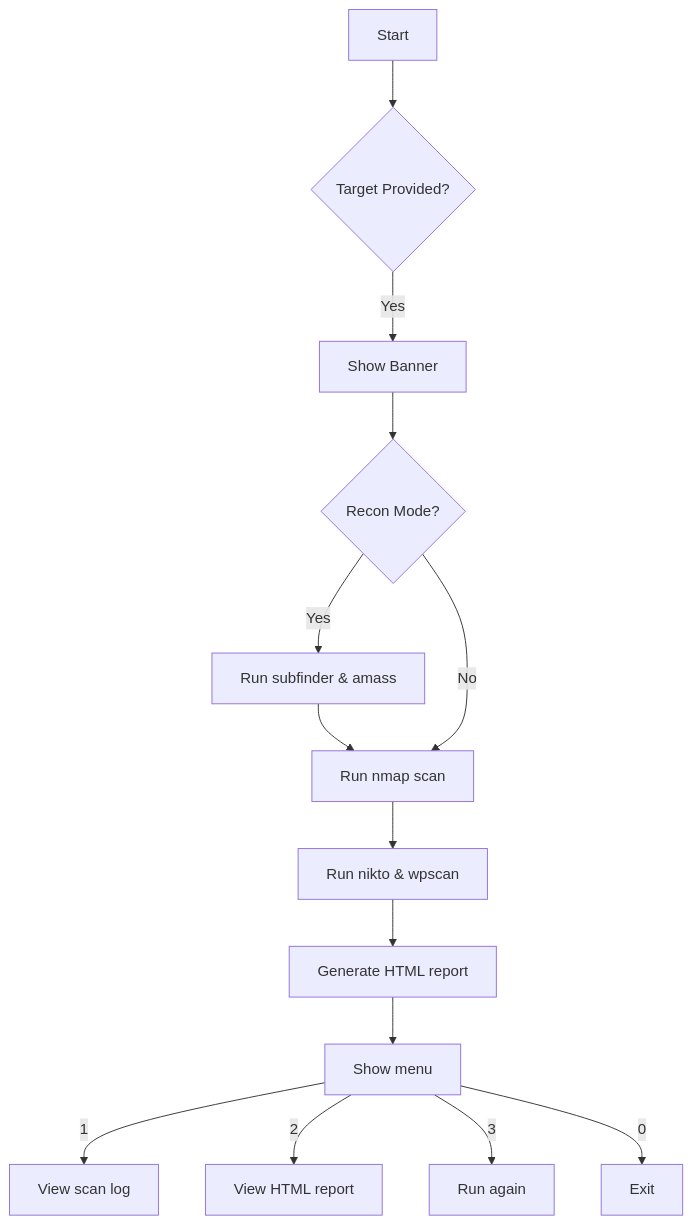
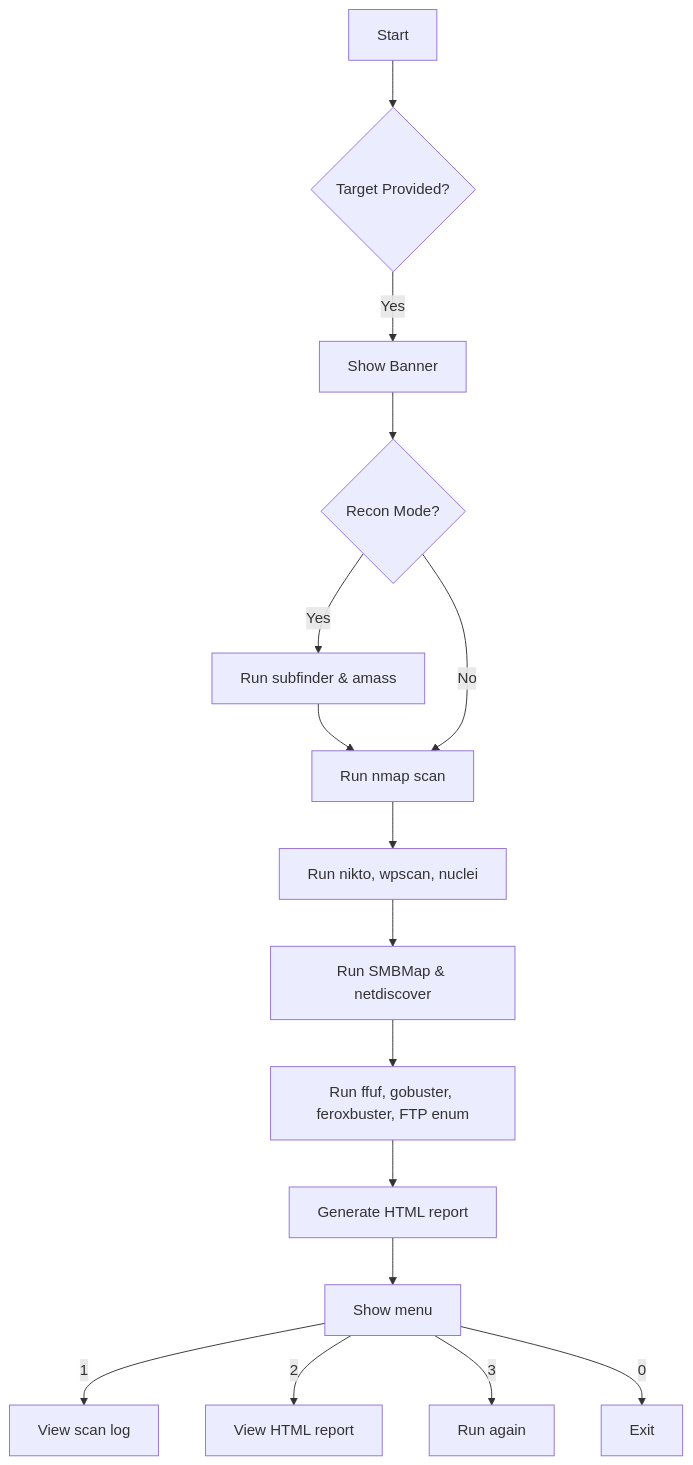
Before and after one commit to ravisairockey/Recon-Racket: the diagram in README.md, drawn with Mermaid. The commit also changed other lines of this file, not shown here.

````diff
--- a/README.md
+++ b/README.md
@@ -25,16 +29,18 @@
 ```mermaid
 graph TD
     A[Start] --> B{Target Provided?}
     B -- Yes --> C[Show Banner]
     C --> D{Recon Mode?}
     D -- Yes --> E[Run subfinder & amass]
     E --> F[Run nmap scan]
     D -- No --> F
-    F --> G[Run nikto & wpscan]
-    G --> H[Generate HTML report]
-    H --> I[Show menu]
-    I -->|1| J[View scan log]
-    I -->|2| K[View HTML report]
-    I -->|3| L[Run again]
-    I -->|0| M[Exit]
+    F --> G[Run nikto, wpscan, nuclei]
+    G --> H[Run SMBMap & netdiscover]
+    H --> I[Run ffuf, gobuster, feroxbuster, FTP enum]
+    I --> J[Generate HTML report]
+    J --> K[Show menu]
+    K -->|1| L[View scan log]
+    K -->|2| M[View HTML report]
+    K -->|3| N[Run again]
+    K -->|0| O[Exit]
 ```
````
